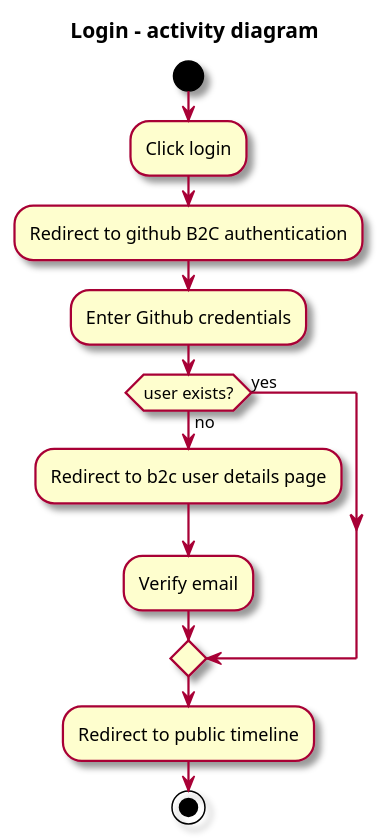
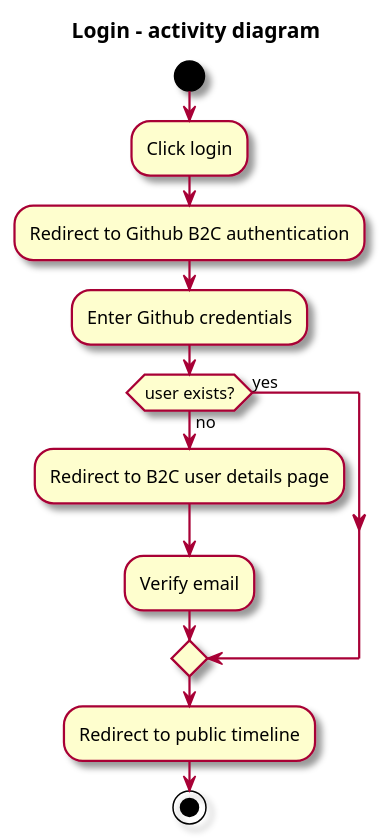
One commit to ITU-BDSA23-GROUP15/Chirp changed the diagram in docs/user_activity_login.pu. Above: the diagram before and after it, drawn with PlantUML. The commit also changed 2 other files, not shown here.

Commit message:
update user activity diagrams

```diff
--- a/docs/user_activity_login.pu
+++ b/docs/user_activity_login.pu
@@ -1,19 +1,19 @@
 @startuml
 
 skin rose
 
 title Login - activity diagram
 
 
 start
 :Click login;
-:Redirect to github B2C authentication;
+:Redirect to Github B2C authentication;
 :Enter Github credentials;
 if (user exists?) then (yes)
 else (no)
-:Redirect to b2c user details page;
+:Redirect to B2C user details page;
 :Verify email;
 endif
 :Redirect to public timeline;
 stop
 @enduml
```
